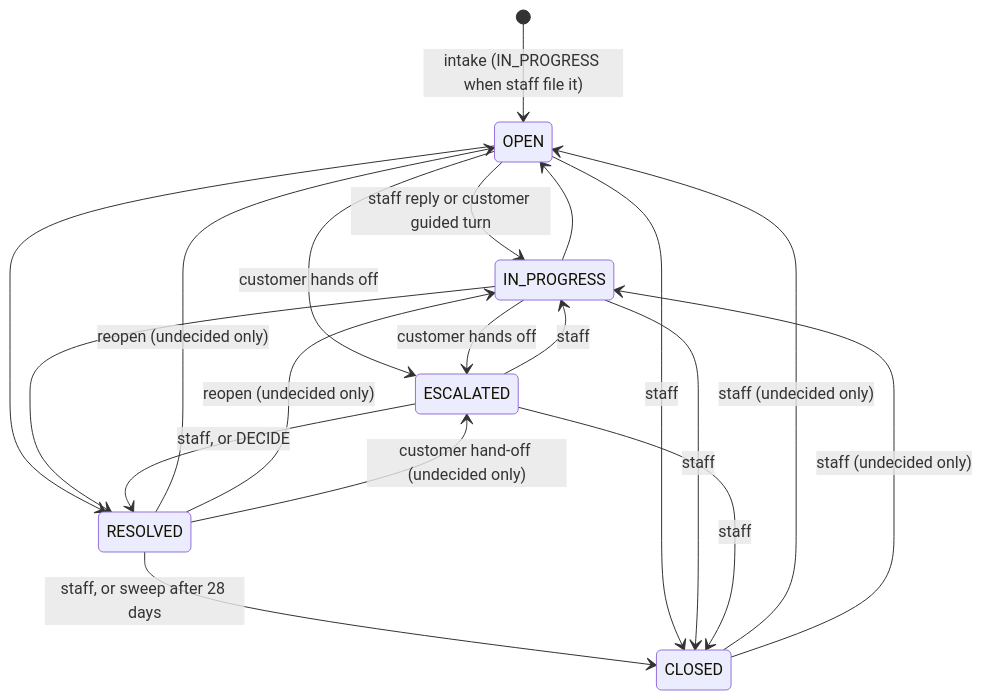
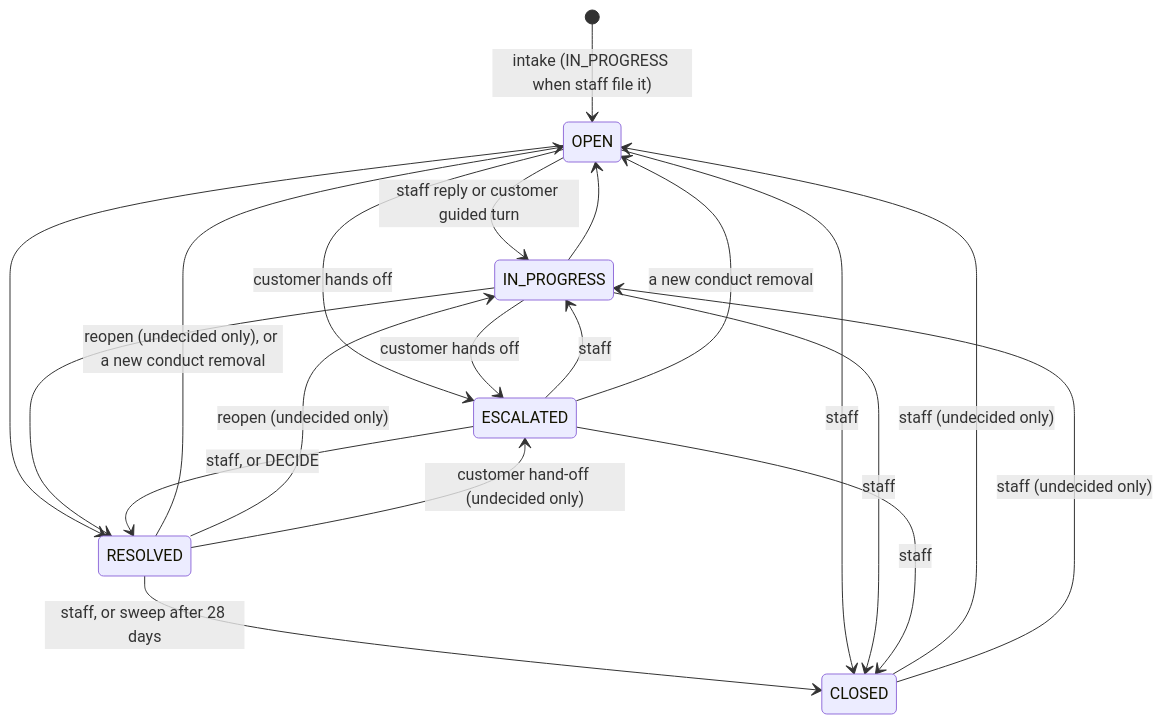
The first of 2 diagrams in docs/support/02-case-lifecycle.md (Practitionist/familiarise_web), drawn with Mermaid before and after one commit. The commit also changed other lines of this file and 5 other files, not shown here.

````diff
--- a/docs/support/02-case-lifecycle.md
+++ b/docs/support/02-case-lifecycle.md
@@ -28,21 +28,22 @@
 ```mermaid
 stateDiagram-v2
     [*] --> OPEN: intake (IN_PROGRESS when staff file it)
     OPEN --> IN_PROGRESS: staff reply or customer guided turn
     IN_PROGRESS --> OPEN
     OPEN --> ESCALATED: customer hands off
     IN_PROGRESS --> ESCALATED: customer hands off
     ESCALATED --> IN_PROGRESS: staff
     OPEN --> RESOLVED
     IN_PROGRESS --> RESOLVED
     ESCALATED --> RESOLVED: staff, or DECIDE
-    RESOLVED --> OPEN: reopen (undecided only)
+    RESOLVED --> OPEN: reopen (undecided only), or a new conduct removal
+    ESCALATED --> OPEN: a new conduct removal
     RESOLVED --> IN_PROGRESS: reopen (undecided only)
     RESOLVED --> ESCALATED: customer hand-off (undecided only)
     RESOLVED --> CLOSED: staff, or sweep after 28 days
     OPEN --> CLOSED: staff
     IN_PROGRESS --> CLOSED: staff
     ESCALATED --> CLOSED: staff
     CLOSED --> OPEN: staff (undecided only)
     CLOSED --> IN_PROGRESS: staff (undecided only)
 ```
````
